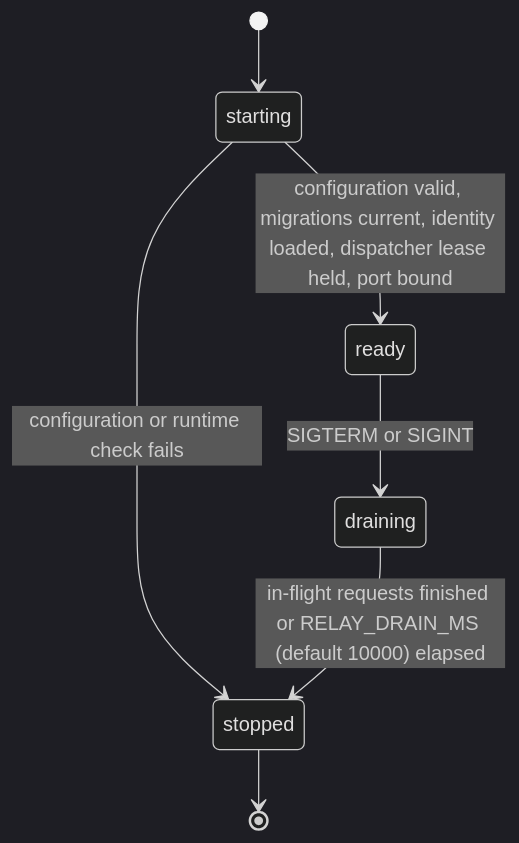
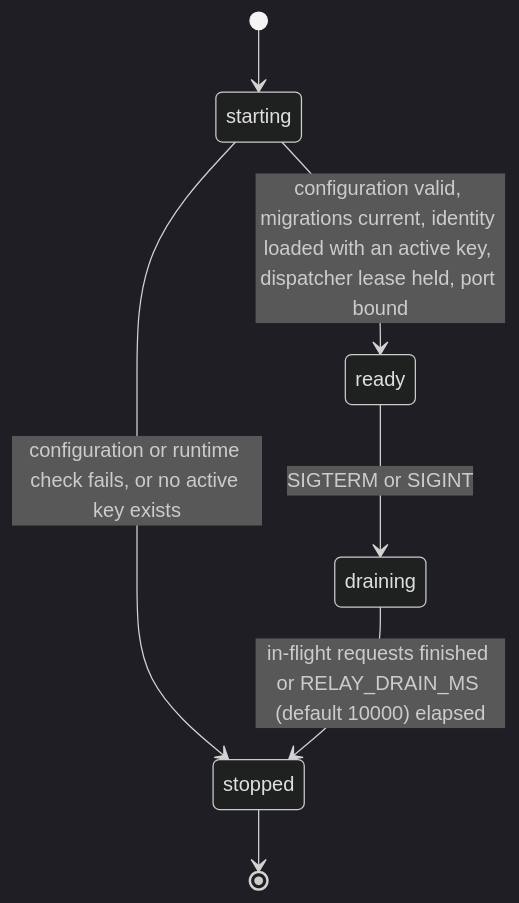
One commit to djshellshoxxx/CLASSifiedisRUPTed changed the first of 2 diagrams in 15_Platform/02_backend/mod_relays/workflow_state_machine.md. Above: the diagram before and after it, drawn with Mermaid (dark theme). The commit also changed other lines of this file and 108 other files, not shown here.

````diff
--- a/15_Platform/02_backend/mod_relays/workflow_state_machine.md
+++ b/15_Platform/02_backend/mod_relays/workflow_state_machine.md
@@ -26,9 +26,9 @@
 ```mermaid
 stateDiagram-v2
   [*] --> starting
-  starting --> ready: configuration valid, migrations current, identity loaded, dispatcher lease held, port bound
-  starting --> stopped: configuration or runtime check fails
+  starting --> ready: configuration valid, migrations current, identity loaded with an active key, dispatcher lease held, port bound
+  starting --> stopped: configuration or runtime check fails, or no active key exists
   ready --> draining: SIGTERM or SIGINT
   draining --> stopped: in-flight requests finished or RELAY_DRAIN_MS (default 10000) elapsed
   stopped --> [*]
 ```
````
